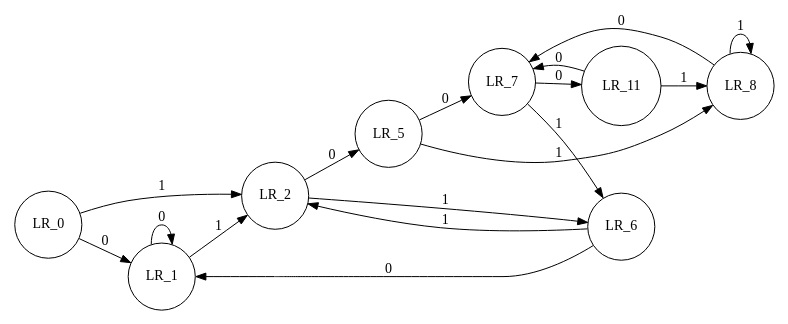
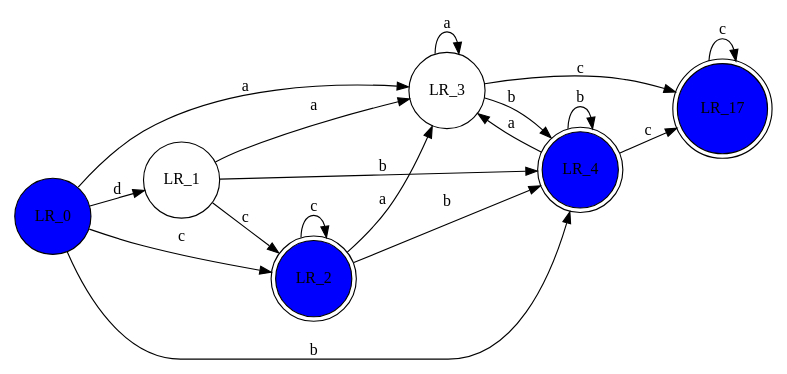
One commit to whtoo/regex changed the second of 2 diagrams in design/0x02自动机理论准备.md. Above: the diagram before and after it, drawn with Graphviz. The commit also changed other lines of this file and 4 other files, not shown here.

````diff
--- a/design/0x02自动机理论准备.md
+++ b/design/0x02自动机理论准备.md
@@ -86,24 +86,29 @@
 ```graphviz
 digraph G {
 rankdir = LR;
 size = "8,5";
 node [shape=circle];
-LR_0 -> LR_1 [label="0"] ;
-LR_0 -> LR_2 [label="1"] ;
-LR_1 -> LR_1 [label="0"] ;
-LR_1 -> LR_2 [label="1"] ;
-LR_2 -> LR_5 [label="0"] ;
-LR_2 -> LR_6 [label="1"] ;
-LR_5 -> LR_7 [label="0"] ;
-LR_5 -> LR_8 [label="1"] ;
-LR_6 -> LR_1 [label="0"] ;
-LR_6 -> LR_2 [label="1"] ;
-LR_7 -> LR_11 [label="0"] ;
-LR_7 -> LR_6 [label="1"] ;
-LR_8 -> LR_7 [label="0"] ;
-LR_8 -> LR_8 [label="1"] ;
-LR_11 -> LR_7 [label="0"] ;
-LR_11 -> LR_8 [label="1"] ;
+LR_0 [style=filled,fillcolor = blue]
+LR_0 -> LR_1 [label="d"];
+LR_0 -> LR_2 [label="c"];
+LR_0 -> LR_3 [label="a"];
+LR_0 -> LR_4 [label="b"];
+LR_1 -> LR_2 [label="c"];
+LR_1 -> LR_3 [label="a"];
+LR_1 -> LR_4 [label="b"];
+LR_2 [shape=doublecircle,style=filled,fillcolor = blue];
+LR_2 -> LR_2 [label="c"];
+LR_2 -> LR_3 [label="a"];
+LR_2 -> LR_4 [label="b"];
+LR_3 -> LR_17 [label="c"];
+LR_3 -> LR_3 [label="a"];
+LR_3 -> LR_4 [label="b"];
+LR_4 [shape=doublecircle,style=filled,fillcolor = blue];
+LR_4 -> LR_17 [label="c"];
+LR_4 -> LR_3 [label="a"];
+LR_4 -> LR_4 [label="b"];
+LR_17 [shape=doublecircle,style=filled,fillcolor = blue];
+LR_17 -> LR_17 [label="c"];
 
 }
 ```
````
